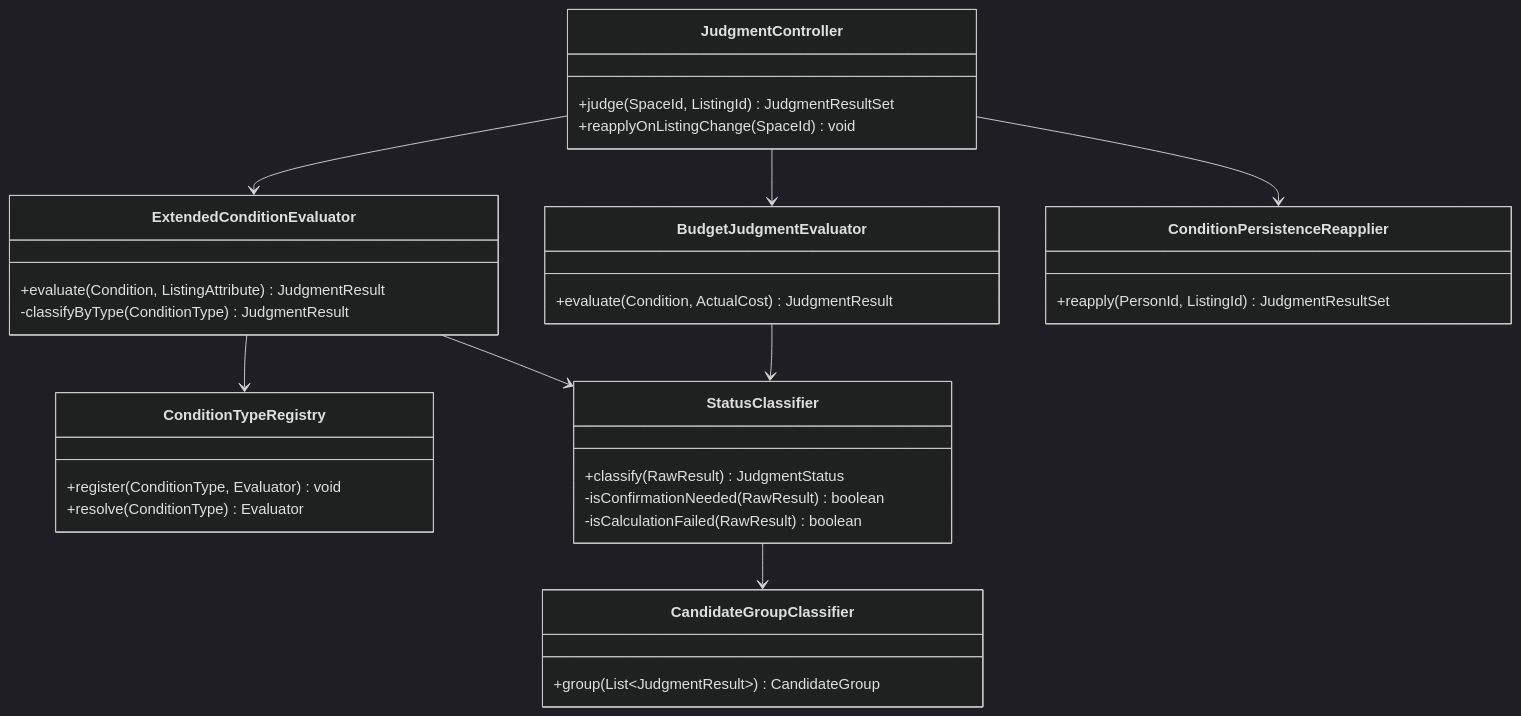
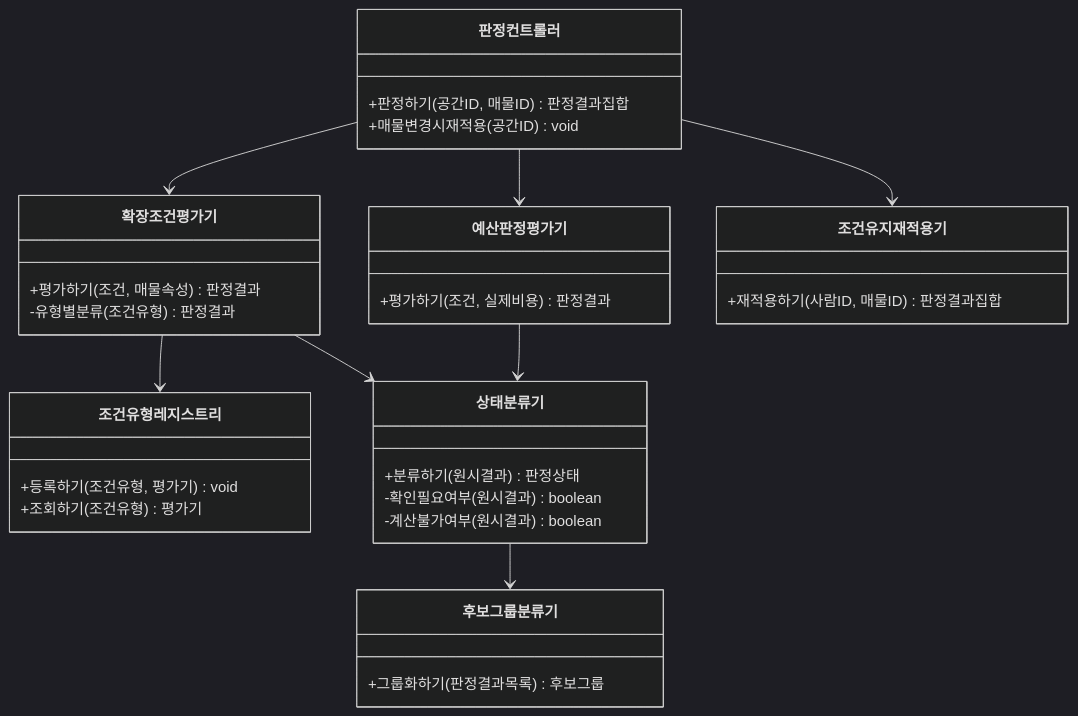
Diagram 11 of 23 in SRS_project/같이보기-technical-design-v1_0.md (soobworks/SRS_project), drawn with Mermaid (dark theme) before and after one commit. The commit also changed other lines of this file, not shown here.

First line of the commit message:
Translate class/sequence diagram identifiers in TDD §4-5 to Korean

````diff
--- a/SRS_project/같이보기-technical-design-v1_0.md
+++ b/SRS_project/같이보기-technical-design-v1_0.md
@@ -528,37 +528,37 @@
 ```mermaid
 classDiagram
-    class JudgmentController {
-        +judge(SpaceId, ListingId) JudgmentResultSet
-        +reapplyOnListingChange(SpaceId) void
+    class 판정컨트롤러 {
+        +판정하기(공간ID, 매물ID) 판정결과집합
+        +매물변경시재적용(공간ID) void
     }
-    class BudgetJudgmentEvaluator {
-        +evaluate(Condition, ActualCost) JudgmentResult
+    class 예산판정평가기 {
+        +평가하기(조건, 실제비용) 판정결과
     }
-    class ExtendedConditionEvaluator {
-        +evaluate(Condition, ListingAttribute) JudgmentResult
-        -classifyByType(ConditionType) JudgmentResult
+    class 확장조건평가기 {
+        +평가하기(조건, 매물속성) 판정결과
+        -유형별분류(조건유형) 판정결과
     }
-    class ConditionTypeRegistry {
-        +register(ConditionType, Evaluator) void
-        +resolve(ConditionType) Evaluator
+    class 조건유형레지스트리 {
+        +등록하기(조건유형, 평가기) void
+        +조회하기(조건유형) 평가기
     }
-    class StatusClassifier {
-        +classify(RawResult) JudgmentStatus
-        -isConfirmationNeeded(RawResult) boolean
-        -isCalculationFailed(RawResult) boolean
+    class 상태분류기 {
+        +분류하기(원시결과) 판정상태
+        -확인필요여부(원시결과) boolean
+        -계산불가여부(원시결과) boolean
     }
-    class CandidateGroupClassifier {
-        +group(List~JudgmentResult~) CandidateGroup
+    class 후보그룹분류기 {
+        +그룹화하기(판정결과목록) 후보그룹
     }
-    class ConditionPersistenceReapplier {
-        +reapply(PersonId, ListingId) JudgmentResultSet
+    class 조건유지재적용기 {
+        +재적용하기(사람ID, 매물ID) 판정결과집합
     }
 
-    JudgmentController --> BudgetJudgmentEvaluator
-    JudgmentController --> ExtendedConditionEvaluator
-    ExtendedConditionEvaluator --> ConditionTypeRegistry
-    BudgetJudgmentEvaluator --> StatusClassifier
-    ExtendedConditionEvaluator --> StatusClassifier
-    StatusClassifier --> CandidateGroupClassifier
-    JudgmentController --> ConditionPersistenceReapplier
+    판정컨트롤러 --> 예산판정평가기
+    판정컨트롤러 --> 확장조건평가기
+    확장조건평가기 --> 조건유형레지스트리
+    예산판정평가기 --> 상태분류기
+    확장조건평가기 --> 상태분류기
+    상태분류기 --> 후보그룹분류기
+    판정컨트롤러 --> 조건유지재적용기
 ```
````
